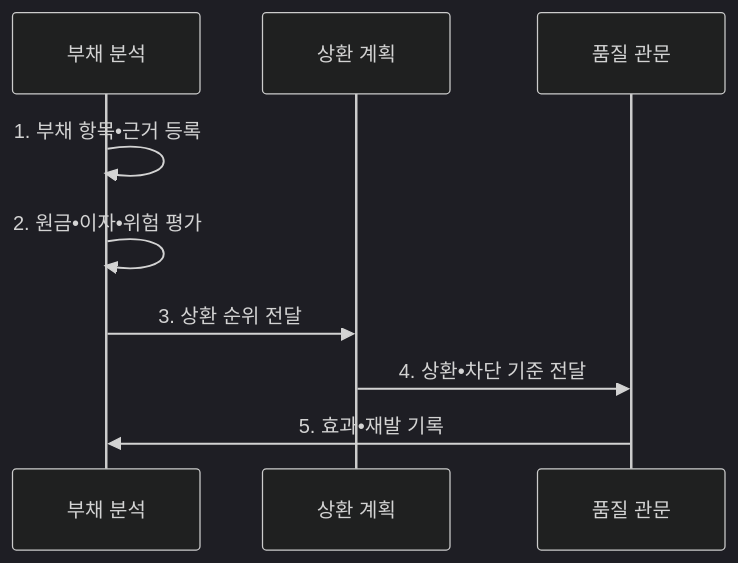
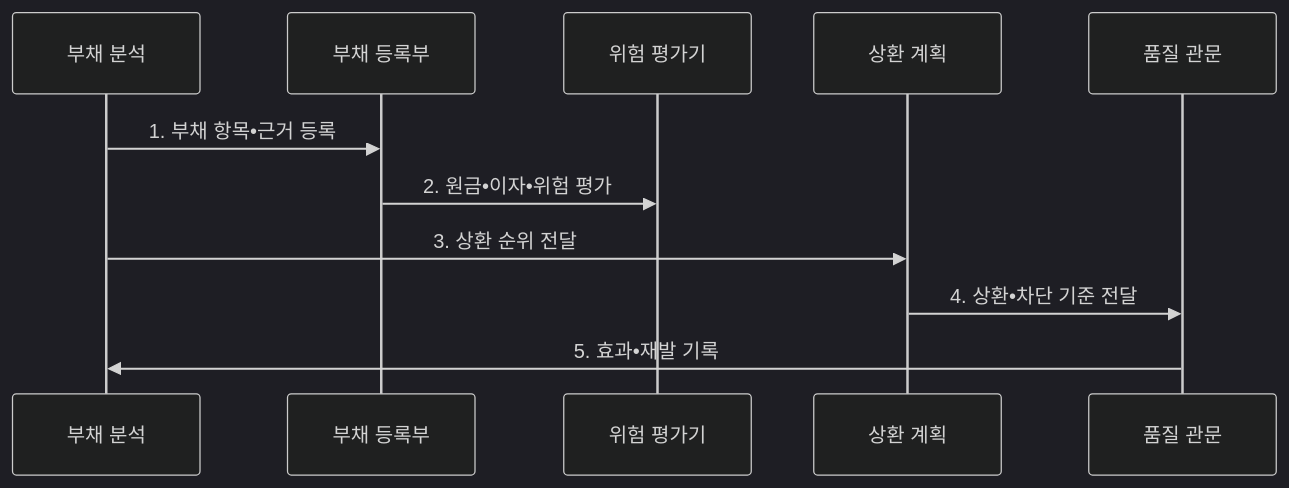
The second of 2 diagrams in src/content/docs/notes/03-software/213_technical_debt_measurement.md (agnusdei1207/knowledge-base), drawn with Mermaid (dark theme) before and after one commit. The commit also changed other lines of this file and 14 other files, not shown here.

````diff
--- a/src/content/docs/notes/03-software/213_technical_debt_measurement.md
+++ b/src/content/docs/notes/03-software/213_technical_debt_measurement.md
@@ -109,12 +109,14 @@
 ```mermaid
 sequenceDiagram
     participant A as 부채 분석
+    participant R as 부채 등록부
+    participant V as 위험 평가기
     participant P as 상환 계획
     participant G as 품질 관문
-    A->>A: 1. 부채 항목•근거 등록
-    A->>A: 2. 원금•이자•위험 평가
+    A->>R: 1. 부채 항목•근거 등록
+    R->>V: 2. 원금•이자•위험 평가
     A->>P: 3. 상환 순위 전달
     P->>G: 4. 상환•차단 기준 전달
     G->>A: 5. 효과•재발 기록
 
 ```
````
